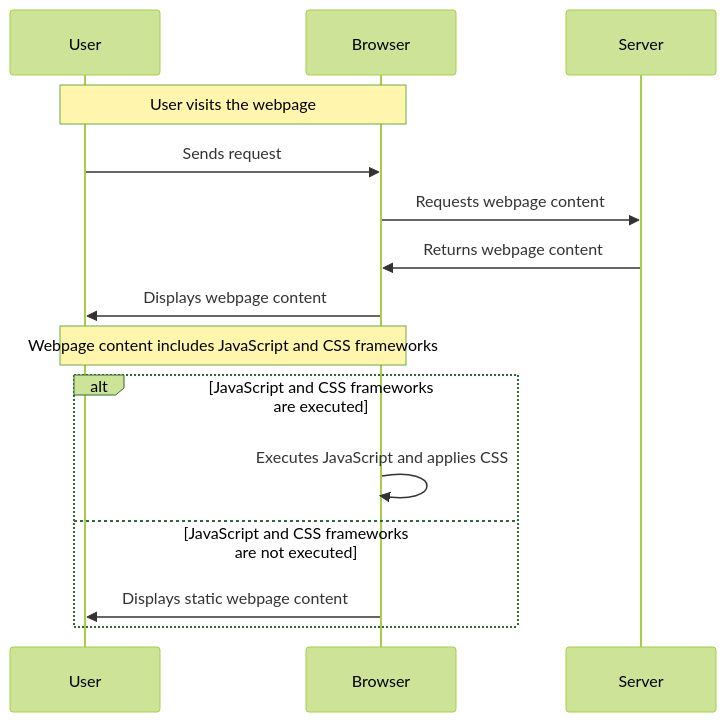
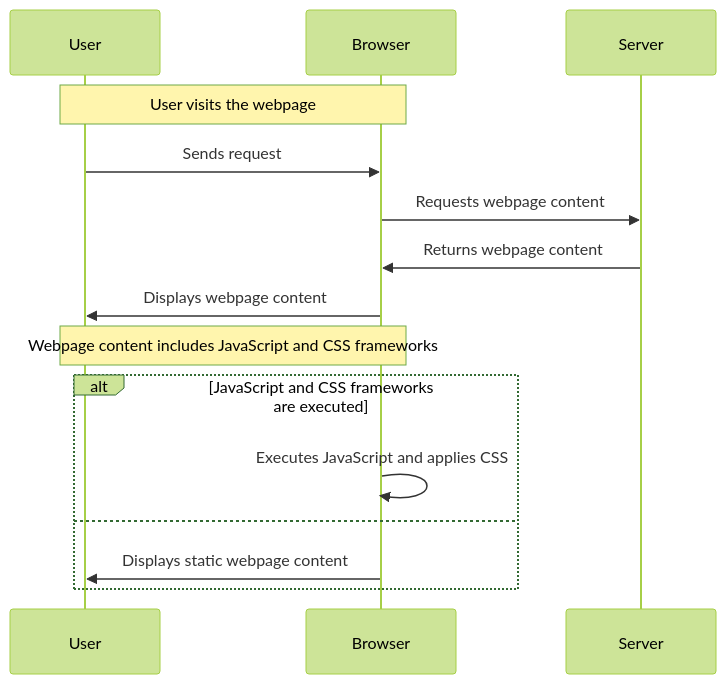
Before and after one commit to a920604a/engineernews: the diagram in src/content/posts/product/_2026-05-23-may-the-4th-be-with-you.en.md, drawn with Mermaid (forest theme). The commit also changed 3 other files, not shown here.

Commit message:
fix: auto-fix mermaid syntax errors in posts

````diff
--- a/src/content/posts/product/_2026-05-23-may-the-4th-be-with-you.en.md
+++ b/src/content/posts/product/_2026-05-23-may-the-4th-be-with-you.en.md
@@ -29,18 +29,18 @@
 ```mermaid
 sequenceDiagram
     participant User as User
     participant Browser as Browser
     participant Server as Server
 
     Note over User,Browser: User visits the webpage
     User->>Browser: Sends request
     Browser->>Server: Requests webpage content
     Server->>Browser: Returns webpage content
     Browser->>User: Displays webpage content
     Note over User,Browser: Webpage content includes JavaScript and CSS frameworks
     alt JavaScript and CSS frameworks are executed
         Browser->>Browser: Executes JavaScript and applies CSS
-    else JavaScript and CSS frameworks are not executed
+    else
         Browser->>User: Displays static webpage content
     end
 ```
````
